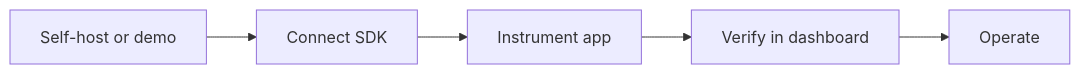
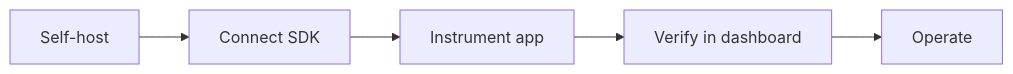
Before and after one commit to vaibhav11123/agentcogs: the diagram in README.md, drawn with Mermaid. The commit also changed other lines of this file and 1 other file, not shown here.

First line of the commit message:
README: OSS product page, not demo walkthrough

````diff
--- a/README.md
+++ b/README.md
@@ -120,7 +98,7 @@
 ```mermaid
 flowchart LR
-  A[Self-host or demo] --> B[Connect SDK]
+  A[Self-host] --> B[Connect SDK]
   B --> C[Instrument app]
   C --> D[Verify in dashboard]
   D --> E[Operate]
 ```
````
